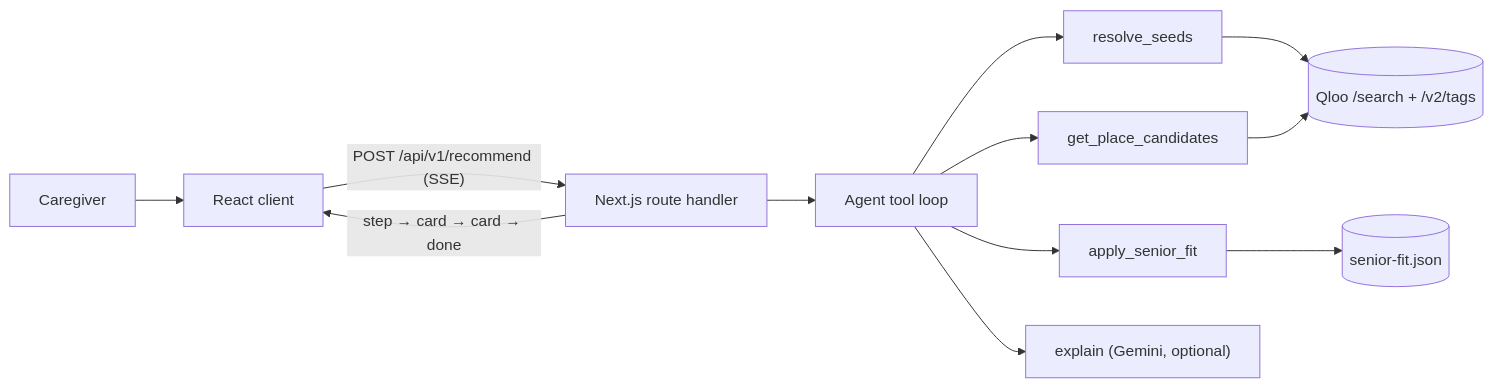
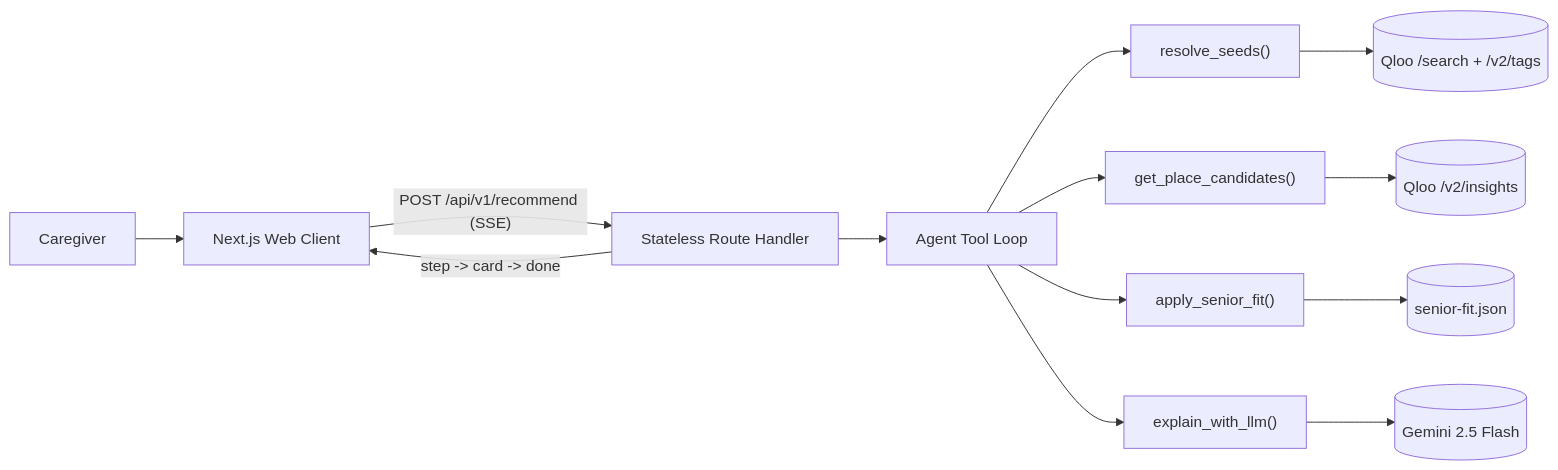
One commit to Divyanshu-kumar14/Tablemate changed the diagram in README.md. Above: the diagram before and after it, drawn with Mermaid. The commit also changed other lines of this file, not shown here.

````diff
--- a/README.md
+++ b/README.md
@@ -93,14 +69,15 @@
 ```mermaid
 flowchart LR
-  U["Caregiver"] --> C["React client"]
-  C -->|"POST /api/v1/recommend (SSE)"| M["Next.js route handler"]
-  M --> T["Agent tool loop"]
-  T --> R1["resolve_seeds"]
-  T --> R2["get_place_candidates"]
-  T --> R3["apply_senior_fit"]
-  T --> R4["explain (Gemini, optional)"]
+  U["Caregiver"] --> C["Next.js Web Client"]
+  C -->|"POST /api/v1/recommend (SSE)"| M["Stateless Route Handler"]
+  M --> T["Agent Tool Loop"]
+  T --> R1["resolve_seeds()"]
+  T --> R2["get_place_candidates()"]
+  T --> R3["apply_senior_fit()"]
+  T --> R4["explain_with_llm()"]
   R1 --> Q[("Qloo /search + /v2/tags")]
-  R2 --> Q
+  R2 --> Q2[("Qloo /v2/insights")]
   R3 --> S[("senior-fit.json")]
-  M -->|"step → card → card → done"| C
+  R4 --> G[("Gemini 2.5 Flash")]
+  M -->|"step -> card -> done"| C
 ```
````
